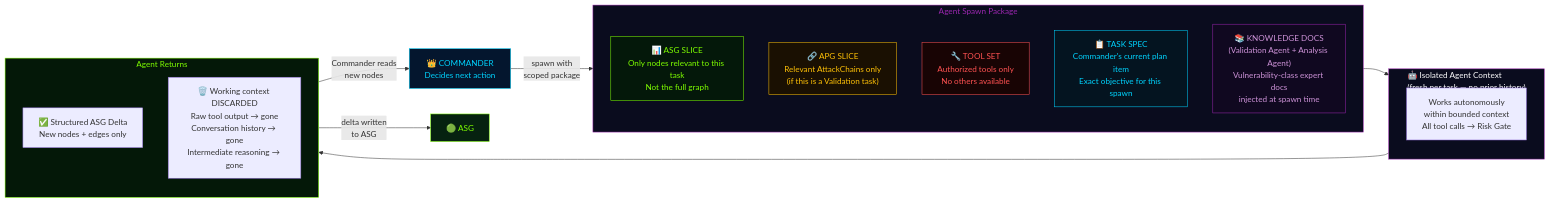
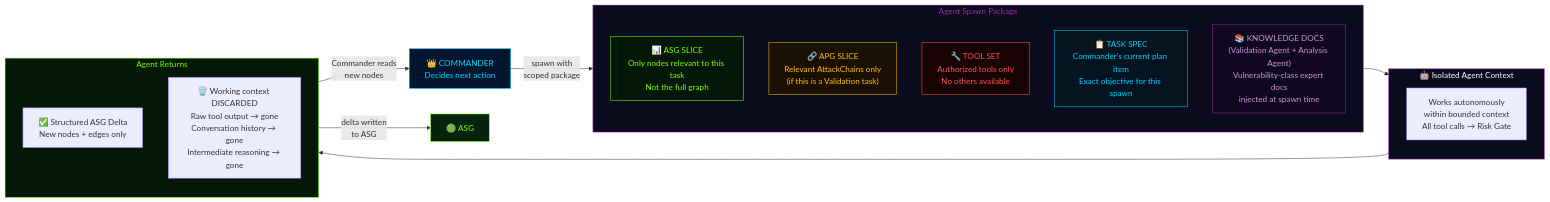
The fifth of 22 diagrams in docs/paper-thesis/explanation/module-08-diagrams.md (nishan-paul-2022/cmatrix-agentic-red-team), drawn with Mermaid before and after one commit. The commit also changed other lines of this file, not shown here.

Commit message:
refactor: simplify mermaid subgraph labels in module-08-diagrams.md

````diff
--- a/docs/paper-thesis/explanation/module-08-diagrams.md
+++ b/docs/paper-thesis/explanation/module-08-diagrams.md
@@ -402,39 +402,39 @@
 ```mermaid
 flowchart LR
     CMD["👑 COMMANDER<br/>Decides next action"]
 
     subgraph SPAWN["Agent Spawn Package"]
         direction TB
         S1["📊 ASG SLICE<br/>Only nodes relevant to this task<br/>Not the full graph"]
         S2["🔗 APG SLICE<br/>Relevant AttackChains only<br/>(if this is a Validation task)"]
         S3["🔧 TOOL SET<br/>Authorized tools only<br/>No others available"]
         S4["📋 TASK SPEC<br/>Commander's current plan item<br/>Exact objective for this spawn"]
         S5["📚 KNOWLEDGE DOCS<br/>(Validation Agent + Analysis Agent)<br/>Vulnerability-class expert docs<br/>injected at spawn time"]
     end
 
-    subgraph AGENT["🤖 Isolated Agent Context<br/>(fresh per task — no prior history)"]
+    subgraph AGENT["🤖 Isolated Agent Context"]
         WORK["Works autonomously<br/>within bounded context<br/>All tool calls → Risk Gate"]
     end
 
     subgraph RETURN["Agent Returns"]
         R1["✅ Structured ASG Delta<br/>New nodes + edges only"]
         R2["🗑️ Working context DISCARDED<br/>Raw tool output → gone<br/>Conversation history → gone<br/>Intermediate reasoning → gone"]
     end
 
     CMD -->|"spawn with<br/>scoped package"| SPAWN
     SPAWN --> AGENT
     AGENT --> RETURN
     RETURN -->|"delta written<br/>to ASG"| ASG_ICON["🟢 ASG"]
     RETURN -->|"Commander reads<br/>new nodes"| CMD
 
     style CMD fill:#04162E,stroke:#00D4FF,color:#00D4FF
     style SPAWN fill:#0A0C1E,stroke:#9C27B0,color:#9C27B0
     style AGENT fill:#0A0C1E,stroke:#9C27B0,color:#fff
     style RETURN fill:#041808,stroke:#7FFF00,color:#7FFF00
     style ASG_ICON fill:#062210,stroke:#7FFF00,color:#7FFF00
     style S1 fill:#04180A,stroke:#7FFF00,color:#7FFF00
     style S2 fill:#1A1002,stroke:#FFC107,color:#FFC107
     style S3 fill:#180404,stroke:#FF5252,color:#FF5252
     style S4 fill:#041420,stroke:#00D4FF,color:#00D4FF
     style S5 fill:#100820,stroke:#9C27B0,color:#CE93D8
 ```
````
